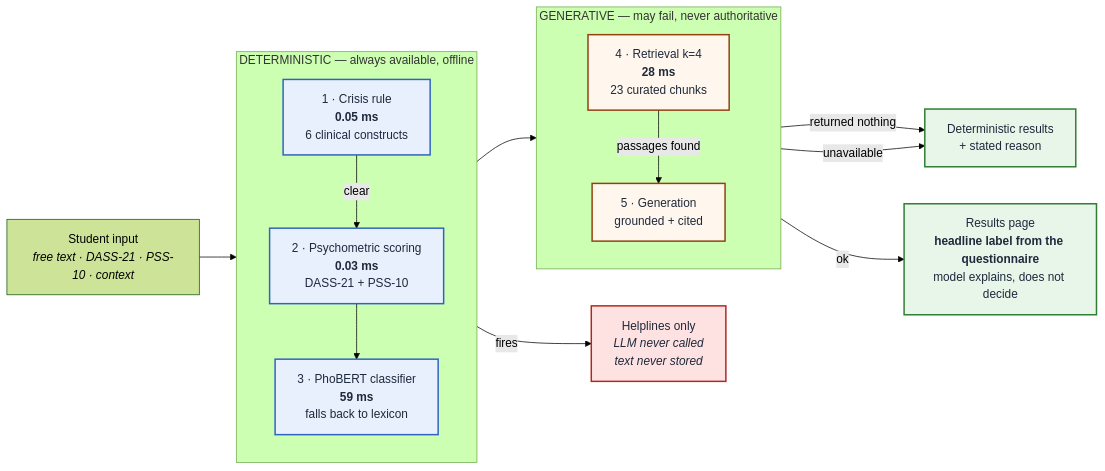
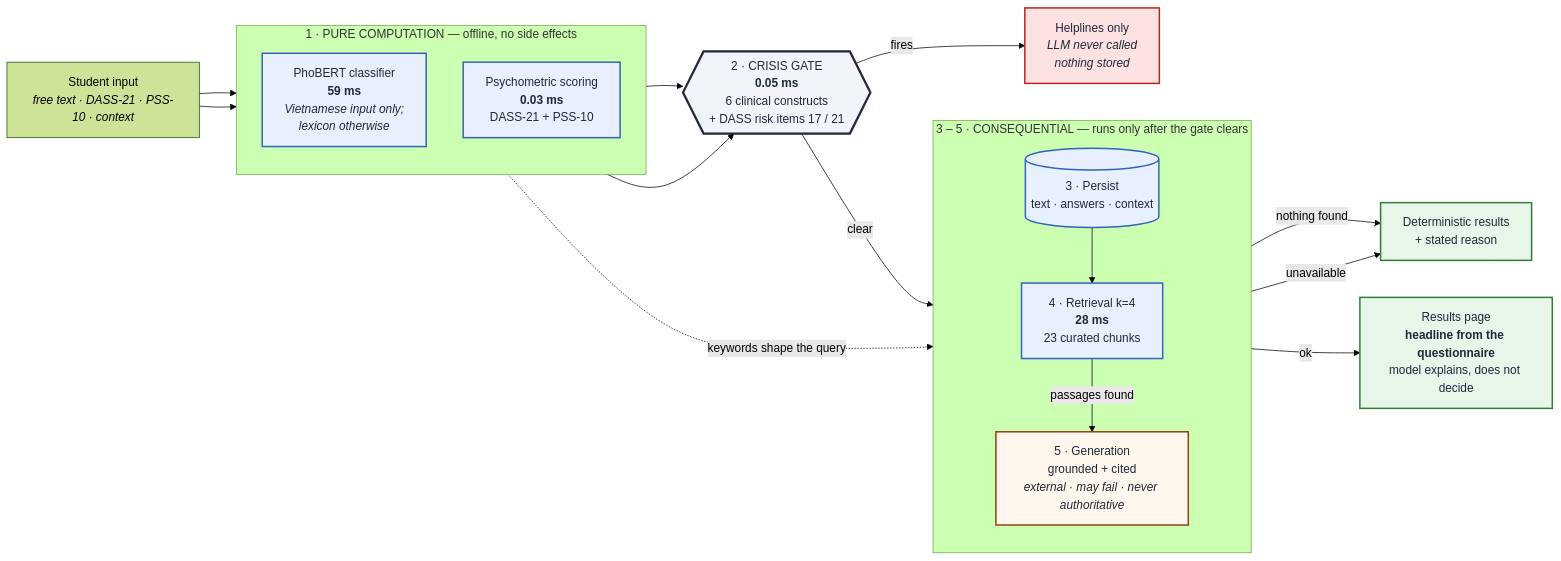
The first of 4 diagrams in report/DIAGRAMS.md (nmihtuna204/academic-stress-detection), drawn with Mermaid (forest theme) before and after one commit. The commit also changed other lines of this file and 58 other files, not shown here.

````diff
--- a/report/DIAGRAMS.md
+++ b/report/DIAGRAMS.md
@@ -14,38 +31,46 @@
 ```mermaid
 flowchart LR
     IN["Student input<br/><i>free text · DASS-21 · PSS-10 · context</i>"]
 
-    subgraph DET["DETERMINISTIC — always available, offline"]
+    subgraph PURE["1 · PURE COMPUTATION — offline, no side effects"]
         direction TB
-        CRISIS["1 · Crisis rule<br/><b>0.05 ms</b><br/>6 clinical constructs"]
-        SCORE["2 · Psychometric scoring<br/><b>0.03 ms</b><br/>DASS-21 + PSS-10"]
-        NLP["3 · PhoBERT classifier<br/><b>59 ms</b><br/>falls back to lexicon"]
+        NLP["PhoBERT classifier<br/><b>59 ms</b><br/><i>Vietnamese input only;<br/>lexicon otherwise</i>"]
+        SCORE["Psychometric scoring<br/><b>0.03 ms</b><br/>DASS-21 + PSS-10"]
     end
 
-    subgraph GEN["GENERATIVE — may fail, never authoritative"]
+    CRISIS{{"2 · CRISIS GATE<br/><b>0.05 ms</b><br/>6 clinical constructs<br/>+ DASS risk items 17 / 21"}}
+
+    subgraph SIDE["3 – 5 · CONSEQUENTIAL — runs only after the gate clears"]
         direction TB
+        DB[("3 · Persist<br/>text · answers · context")]
         RAG["4 · Retrieval k=4<br/><b>28 ms</b><br/>23 curated chunks"]
-        LLM["5 · Generation<br/>grounded + cited"]
+        LLM["5 · Generation<br/>grounded + cited<br/><i>external · may fail · never authoritative</i>"]
     end
 
-    HELP["Helplines only<br/><i>LLM never called<br/>text never stored</i>"]
-    OUT["Results page<br/><b>headline label from the questionnaire</b><br/>model explains, does not decide"]
+    HELP["Helplines only<br/><i>LLM never called<br/>nothing stored</i>"]
+    OUT["Results page<br/><b>headline from the questionnaire</b><br/>model explains, does not decide"]
     DEG["Deterministic results<br/>+ stated reason"]
 
-    IN --> CRISIS
+    IN --> NLP
+    IN --> SCORE
+    NLP --> CRISIS
+    SCORE --> CRISIS
     CRISIS -- "fires" --> HELP
-    CRISIS -- "clear" --> SCORE --> NLP --> RAG
-    RAG -- "returned nothing" --> DEG
+    CRISIS -- "clear" --> DB --> RAG
+    NLP -. "keywords shape the query" .-> RAG
+    RAG -- "nothing found" --> DEG
     RAG -- "passages found" --> LLM
     LLM -- "unavailable" --> DEG
     LLM -- "ok" --> OUT
 
-    classDef det fill:#E8F0FE,stroke:#2F63BD,stroke-width:2px,color:#1E293B
+    classDef pure fill:#E8F0FE,stroke:#2F63BD,stroke-width:2px,color:#1E293B
+    classDef gate fill:#F1F5F9,stroke:#1E293B,stroke-width:3px,color:#1E293B
     classDef gen fill:#FFF7ED,stroke:#92400E,stroke-width:2px,color:#1E293B
     classDef stop fill:#FEE2E2,stroke:#B3261E,stroke-width:2px,color:#1E293B
     classDef ok fill:#E7F6E9,stroke:#2E7D32,stroke-width:2px,color:#1E293B
-    class CRISIS,SCORE,NLP det
-    class RAG,LLM gen
+    class NLP,SCORE,DB,RAG pure
+    class CRISIS gate
+    class LLM gen
     class HELP stop
     class OUT,DEG ok
 ```
````
